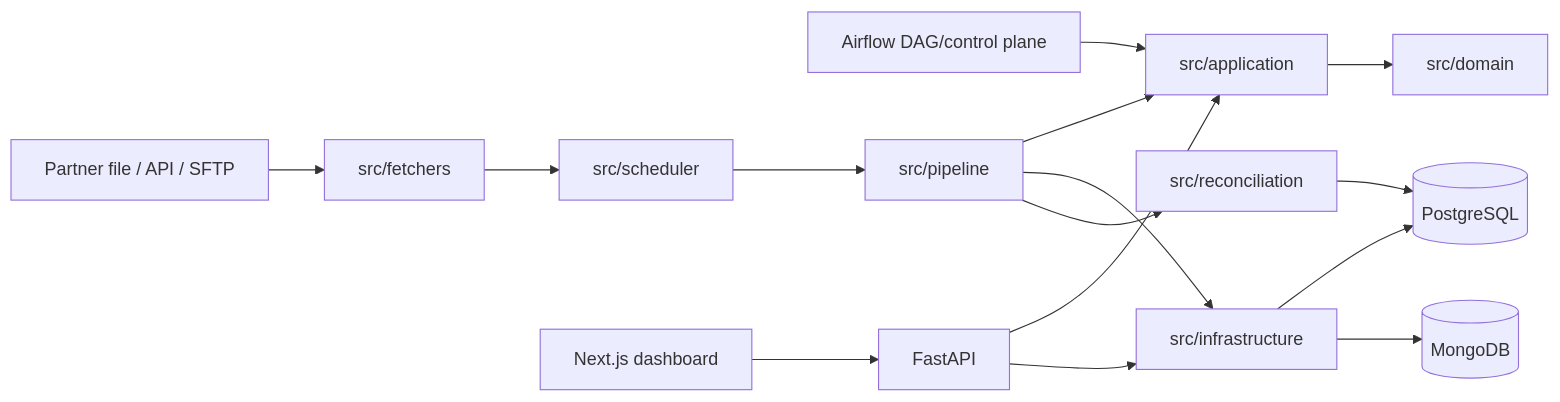
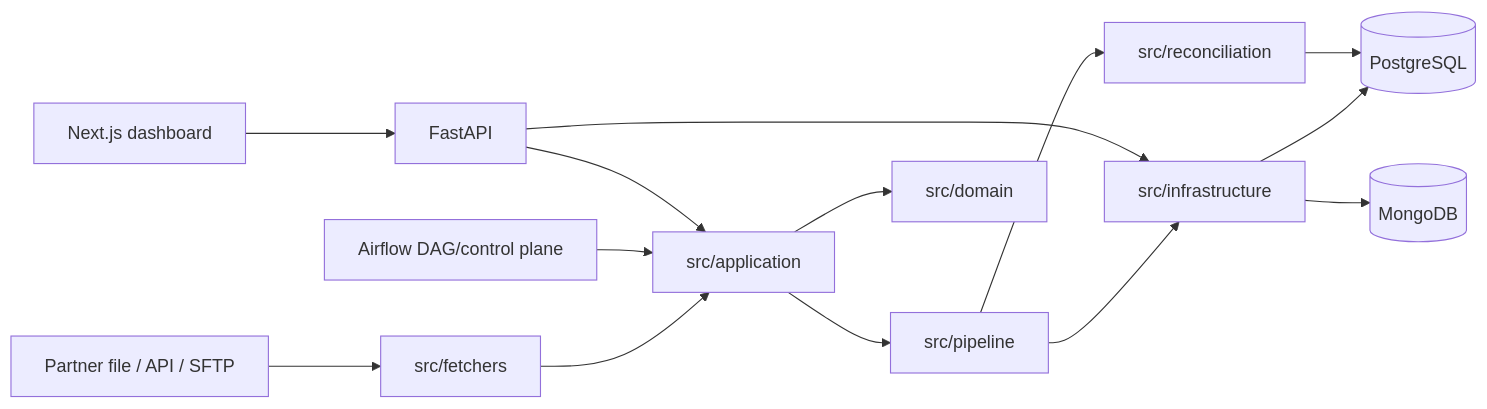
The diagram in README.md (kuokdavinci/ReconciliationIngestionPlatform), drawn with Mermaid before and after one commit. The commit also changed other lines of this file and 17 other files, not shown here.

````diff
--- a/README.md
+++ b/README.md
@@ -20,29 +20,28 @@
 ```mermaid
 flowchart LR
     S[Partner file / API / SFTP]
     F[src/fetchers]
-    J[src/scheduler]
     AF[Airflow DAG/control plane]
     P[src/pipeline]
     A[src/application]
     D[src/domain]
     I[src/infrastructure]
     PG[(PostgreSQL)]
     MG[(MongoDB)]
     R[src/reconciliation]
     API[FastAPI]
     UI[Next.js dashboard]
 
-    S --> F --> J --> P
+    S --> F --> A
     AF --> A
-    P --> A
+    A --> P
     P --> I
     A --> D
     I --> PG
     I --> MG
     P --> R
     R --> PG
     API --> A
     API --> I
     UI --> API
 ```
````
